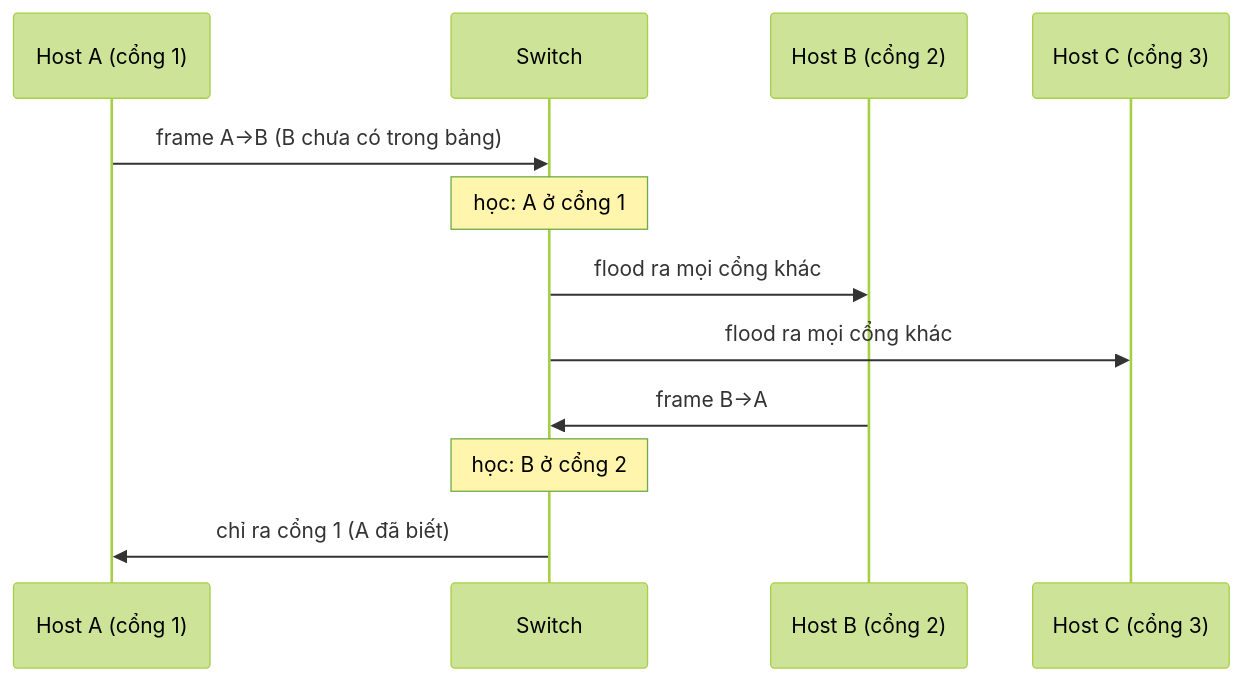
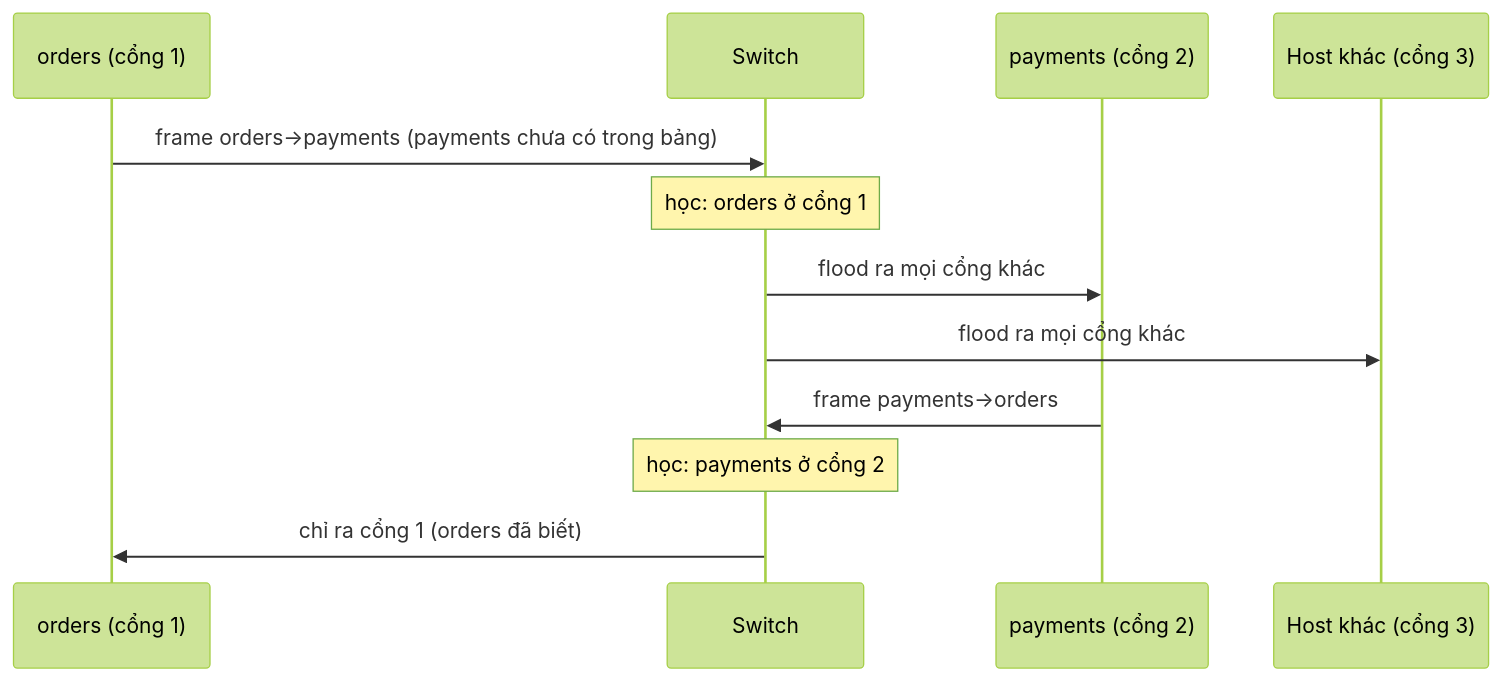
One commit to pirumu/irust changed the second of 3 diagrams in docs/06-networking/02-link-layer.md. Above: the diagram before and after it, drawn with Mermaid (forest theme). The commit also changed other lines of this file and 35 other files, not shown here.

````diff
--- a/docs/06-networking/02-link-layer.md
+++ b/docs/06-networking/02-link-layer.md
@@ -145,14 +167,14 @@
 ```mermaid
 sequenceDiagram
-  participant A as Host A (cổng 1)
+  participant A as orders (cổng 1)
   participant SW as Switch
-  participant B as Host B (cổng 2)
-  participant C as Host C (cổng 3)
-  A->>SW: frame A→B (B chưa có trong bảng)
-  Note over SW: học: A ở cổng 1
+  participant B as payments (cổng 2)
+  participant C as Host khác (cổng 3)
+  A->>SW: frame orders→payments (payments chưa có trong bảng)
+  Note over SW: học: orders ở cổng 1
   SW->>B: flood ra mọi cổng khác
   SW->>C: flood ra mọi cổng khác
-  B->>SW: frame B→A
-  Note over SW: học: B ở cổng 2
-  SW->>A: chỉ ra cổng 1 (A đã biết)
+  B->>SW: frame payments→orders
+  Note over SW: học: payments ở cổng 2
+  SW->>A: chỉ ra cổng 1 (orders đã biết)
 ```
````
